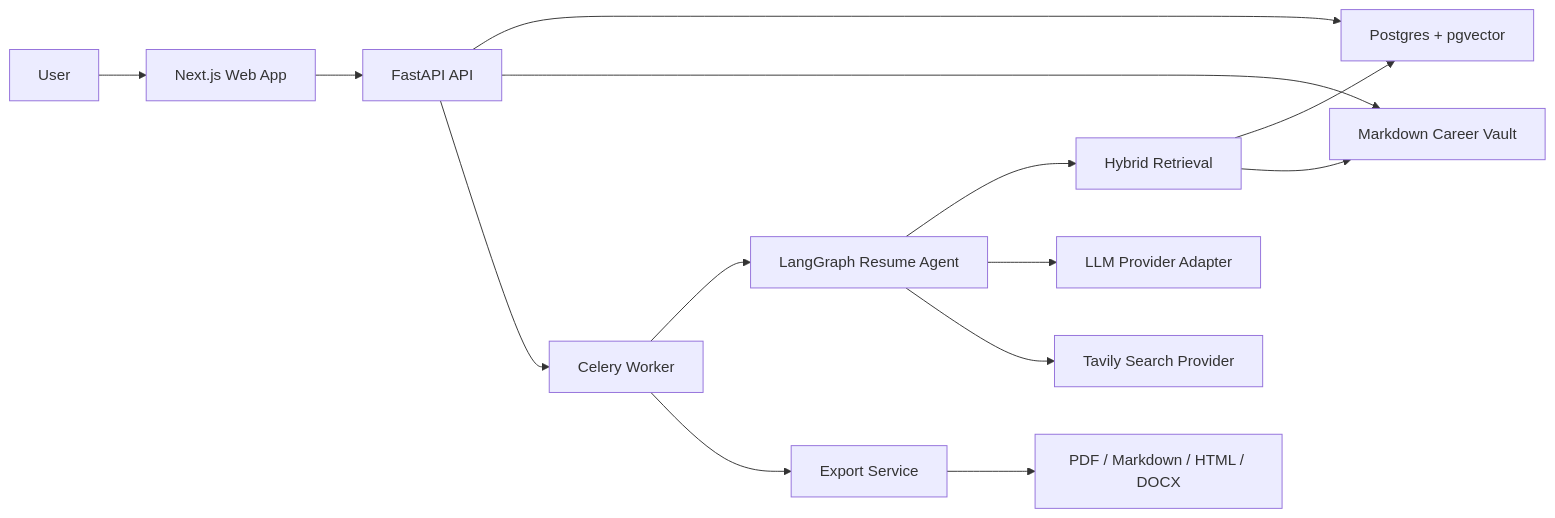
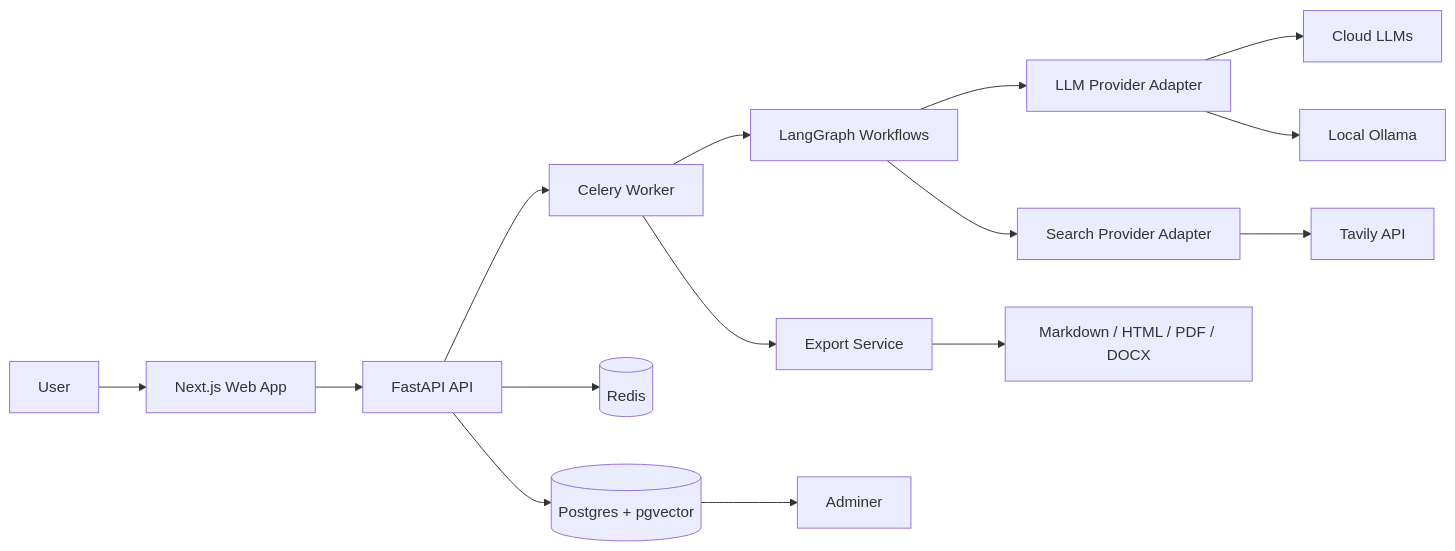
Before and after one commit to solki/cv-master: the first of 2 diagrams in docs/superpowers/specs/2026-06-04-cv-master-design.md, drawn with Mermaid. The commit also changed other lines of this file and 9 other files, not shown here.

````diff
--- a/docs/superpowers/specs/2026-06-04-cv-master-design.md
+++ b/docs/superpowers/specs/2026-06-04-cv-master-design.md
@@ -31,16 +47,17 @@
 ```mermaid
 flowchart LR
   User["User"] --> Web["Next.js Web App"]
   Web --> API["FastAPI API"]
-  API --> DB["Postgres + pgvector"]
-  API --> Vault["Markdown Career Vault"]
+  API --> DB[("Postgres + pgvector")]
+  API --> Redis[("Redis")]
   API --> Worker["Celery Worker"]
-  Worker --> Agent["LangGraph Resume Agent"]
-  Agent --> Retrieval["Hybrid Retrieval"]
-  Retrieval --> DB
-  Retrieval --> Vault
-  Agent --> LLM["LLM Provider Adapter"]
-  Agent --> Tavily["Tavily Search Provider"]
+  Worker --> Agents["LangGraph Workflows"]
+  Agents --> LLM["LLM Provider Adapter"]
+  Agents --> Search["Search Provider Adapter"]
+  LLM --> Cloud["Cloud LLMs"]
+  LLM --> Ollama["Local Ollama"]
+  Search --> Tavily["Tavily API"]
   Worker --> Export["Export Service"]
-  Export --> Outputs["PDF / Markdown / HTML / DOCX"]
+  Export --> Files["Markdown / HTML / PDF / DOCX"]
+  DB --> Adminer["Adminer"]
 ```
````
